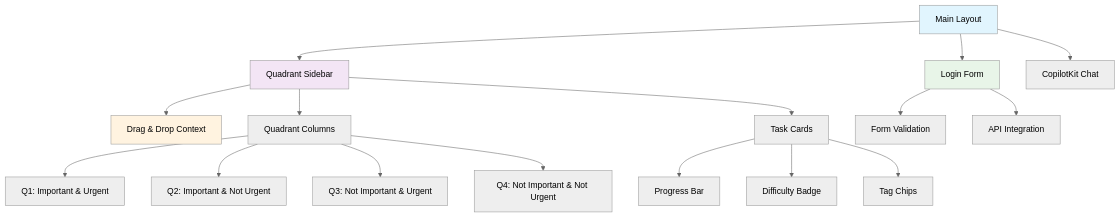
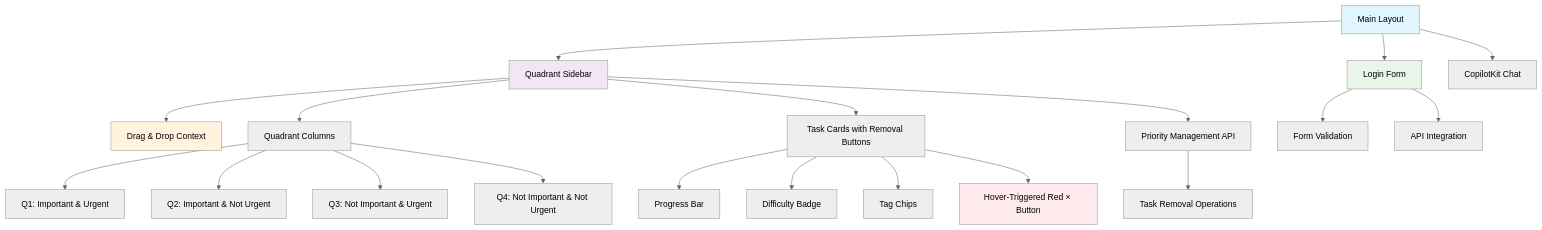
Before and after one commit to peixuanhu/goal-mate: the fifth of 7 diagrams in .qoder/repowiki/en/content/Feature Modules/Quadrant Task Management System.md, drawn with Mermaid (neutral theme). The commit also changed other lines of this file and 3 other files, not shown here.

````diff
--- a/.qoder/repowiki/en/content/Feature Modules/Quadrant Task Management System.md
+++ b/.qoder/repowiki/en/content/Feature Modules/Quadrant Task Management System.md
@@ -300,22 +334,26 @@
 ```mermaid
 graph TD
 A[Main Layout] --> B[Quadrant Sidebar]
 A --> C[Login Form]
 A --> D[CopilotKit Chat]
 B --> E[Drag & Drop Context]
 B --> F[Quadrant Columns]
-B --> G[Task Cards]
+B --> G[Task Cards with Removal Buttons]
 F --> H[Q1: Important & Urgent]
 F --> I[Q2: Important & Not Urgent]
 F --> J[Q3: Not Important & Urgent]
 F --> K[Q4: Not Important & Not Urgent]
 G --> L[Progress Bar]
 G --> M[Difficulty Badge]
 G --> N[Tag Chips]
-C --> O[Form Validation]
-C --> P[API Integration]
+G --> O[Hover-Triggered Red × Button]
+C --> P[Form Validation]
+C --> Q[API Integration]
+B --> R[Priority Management API]
+R --> S[Task Removal Operations]
 style A fill:#e1f5fe
 style B fill:#f3e5f5
 style C fill:#e8f5e8
 style E fill:#fff3e0
+style O fill:#ffebee
 ```
````
